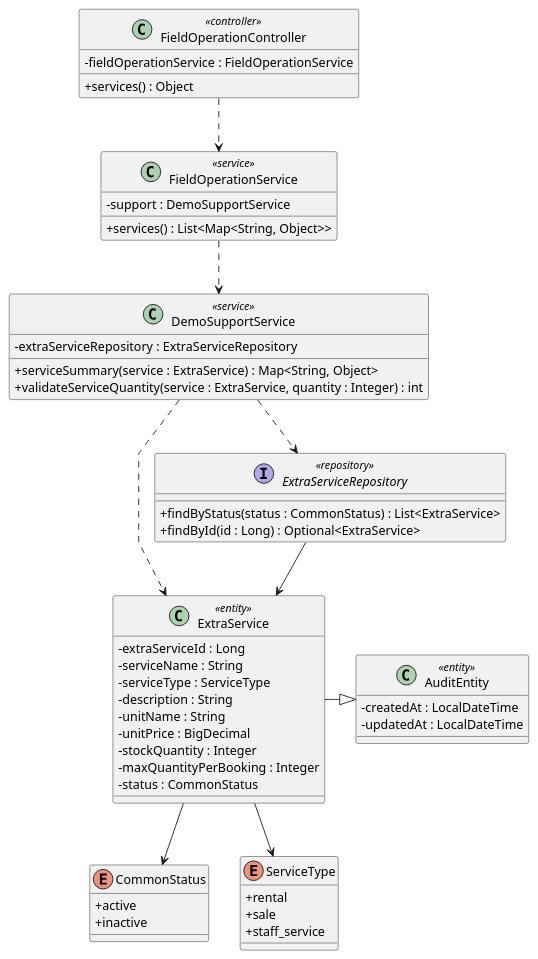
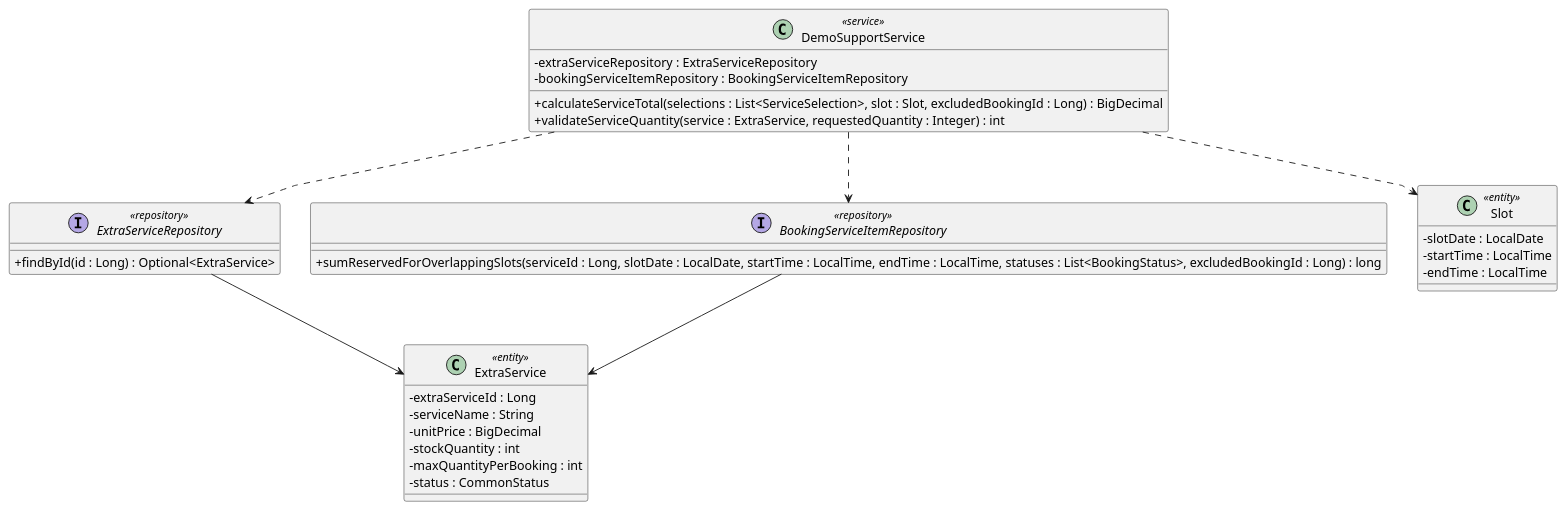
The diagram in docs/Class Diagram/check-extra-service-availability.puml (maxwell1904/SWP391_G3), drawn with PlantUML before and after one commit. The commit also changed 40 other files, not shown here.

Commit message:
align code-first docs and complete suggestion flow

```diff
--- a/docs/Class Diagram/check-extra-service-availability.puml
+++ b/docs/Class Diagram/check-extra-service-availability.puml
@@ -1,68 +1,35 @@
 @startuml
-
 skinparam classAttributeIconSize 0
 skinparam linetype polyline
 
-class FieldOperationController <<controller>> {
-    -fieldOperationService : FieldOperationService
-
-    +services() : Object
+class DemoSupportService <<service>> {
+  -extraServiceRepository : ExtraServiceRepository
+  -bookingServiceItemRepository : BookingServiceItemRepository
+  +calculateServiceTotal(selections : List<ServiceSelection>, slot : Slot, excludedBookingId : Long) : BigDecimal
+  +validateServiceQuantity(service : ExtraService, requestedQuantity : Integer) : int
 }
-
-class FieldOperationService <<service>> {
-    -support : DemoSupportService
-
-    +services() : List<Map<String, Object>>
+interface ExtraServiceRepository <<repository>> {
+  +findById(id : Long) : Optional<ExtraService>
 }
-
-class DemoSupportService <<service>> {
-    -extraServiceRepository : ExtraServiceRepository
-
-    +serviceSummary(service : ExtraService) : Map<String, Object>
-    +validateServiceQuantity(service : ExtraService, quantity : Integer) : int
+interface BookingServiceItemRepository <<repository>> {
+  +sumReservedForOverlappingSlots(serviceId : Long, slotDate : LocalDate, startTime : LocalTime, endTime : LocalTime, statuses : List<BookingStatus>, excludedBookingId : Long) : long
 }
-
-interface ExtraServiceRepository <<repository>> {
-    +findByStatus(status : CommonStatus) : List<ExtraService>
-    +findById(id : Long) : Optional<ExtraService>
+class ExtraService <<entity>> {
+  -extraServiceId : Long
+  -serviceName : String
+  -unitPrice : BigDecimal
+  -stockQuantity : int
+  -maxQuantityPerBooking : int
+  -status : CommonStatus
 }
-
-class AuditEntity <<entity>> {
-    -createdAt : LocalDateTime
-    -updatedAt : LocalDateTime
+class Slot <<entity>> {
+  -slotDate : LocalDate
+  -startTime : LocalTime
+  -endTime : LocalTime
 }
-
-class ExtraService <<entity>> {
-    -extraServiceId : Long
-    -serviceName : String
-    -serviceType : ServiceType
-    -description : String
-    -unitName : String
-    -unitPrice : BigDecimal
-    -stockQuantity : Integer
-    -maxQuantityPerBooking : Integer
-    -status : CommonStatus
-}
-
-enum CommonStatus {
-    + active
-    + inactive
-}
-
-enum ServiceType {
-    + rental
-    + sale
-    + staff_service
-}
-
-' Relationships
-FieldOperationController ..> FieldOperationService
-FieldOperationService ..> DemoSupportService
 DemoSupportService ..> ExtraServiceRepository
-DemoSupportService ..> ExtraService
+DemoSupportService ..> BookingServiceItemRepository
+DemoSupportService ..> Slot
 ExtraServiceRepository --> ExtraService
-ExtraService --> CommonStatus
-ExtraService --> ServiceType
-ExtraService -|> AuditEntity
-
+BookingServiceItemRepository --> ExtraService
 @enduml
```
